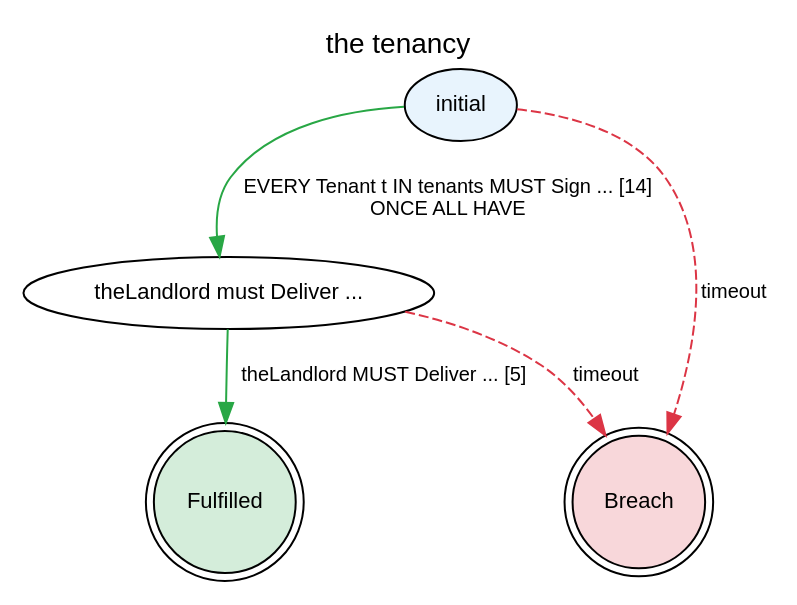
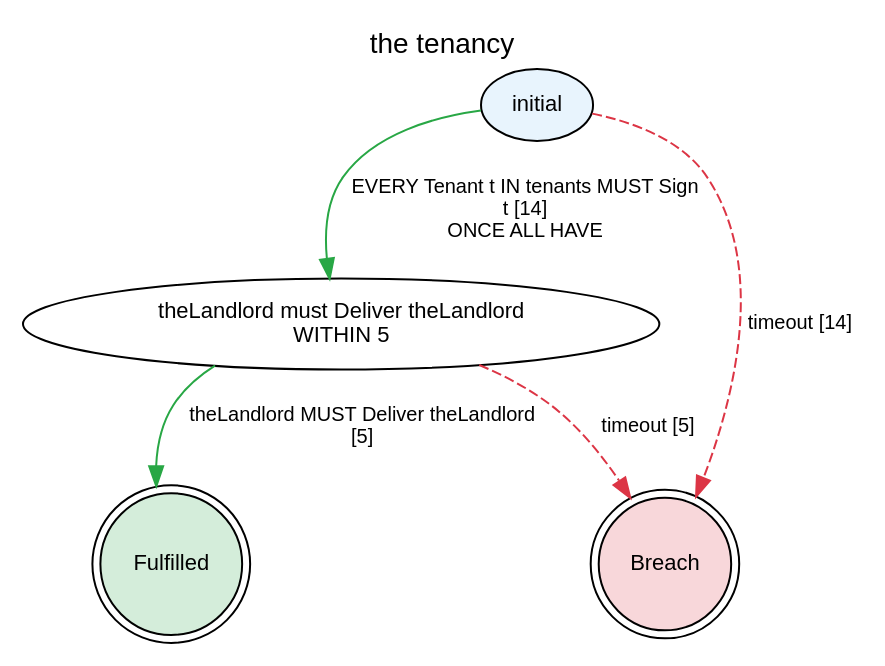
The diagram in doc/reference/regulative/figures/every-barrier.dot (legalese/l4-ide), drawn with Graphviz before and after one commit. The commit also changed 4 other files, not shown here.

```diff
--- a/doc/reference/regulative/figures/every-barrier.dot
+++ b/doc/reference/regulative/figures/every-barrier.dot
@@ -1,43 +1,43 @@
 digraph {
     graph [rankdir=TB
           ,label="the tenancy"
           ,labelloc=t
           ,fontname=Helvetica
           ,fontsize=14];
     node [fontname=Helvetica
          ,fontsize=11];
     edge [fontname=Helvetica
          ,fontsize=10];
     0 [label=initial
       ,fillcolor=white
       ,style=filled
       ,shape=ellipse
       ,fillcolor="#e8f4fd"];
-    1 [label="theLandlord must Deliver ..."
+    1 [label="theLandlord must Deliver theLandlord\nWITHIN 5"
       ,fillcolor=white
       ,style=filled
       ,shape=ellipse
       ,fillcolor="#ffffff"];
     2 [label=Fulfilled
       ,fillcolor=white
       ,style=filled
       ,shape=doublecircle
       ,fillcolor="#d4edda"];
     3 [label=Breach
       ,fillcolor=white
       ,style=filled
       ,shape=doublecircle
       ,fillcolor="#f8d7da"];
-    0 -> 1 [label="EVERY Tenant t IN tenants MUST Sign ... [14]\nONCE ALL HAVE"
+    0 -> 1 [label="EVERY Tenant t IN tenants MUST Sign\nt [14]\nONCE ALL HAVE"
            ,color="#28a745"
            ,style=solid];
-    0 -> 3 [label=timeout
+    0 -> 3 [label="timeout [14]"
            ,color="#dc3545"
            ,style=dashed];
-    1 -> 2 [label="theLandlord MUST Deliver ... [5]"
+    1 -> 2 [label="theLandlord MUST Deliver theLandlord\n[5]"
            ,color="#28a745"
            ,style=solid];
-    1 -> 3 [label=timeout
+    1 -> 3 [label="timeout [5]"
            ,color="#dc3545"
            ,style=dashed];
 }
```
